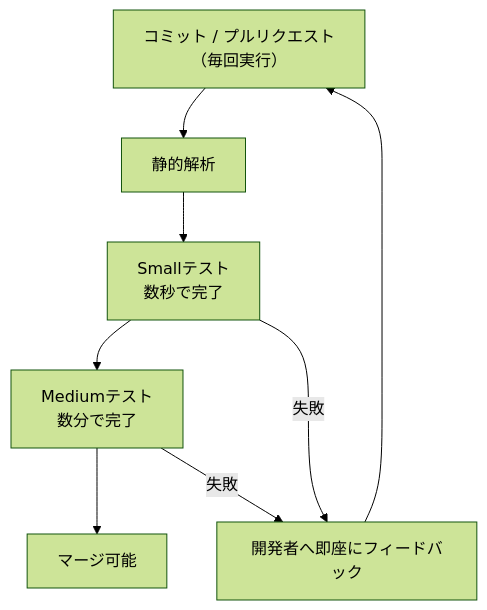
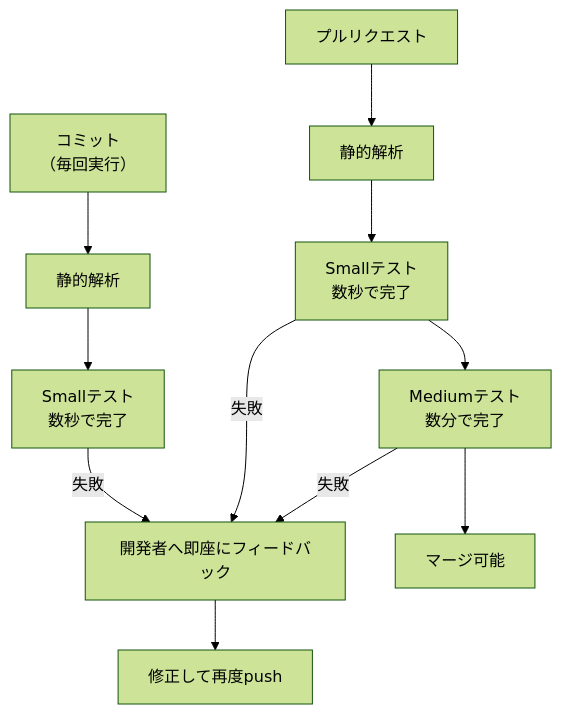
Before and after one commit to myoshi2891/Quality-Assurance-Studies: the sixth of 8 diagrams in Beautiful-testing-guide.md, drawn with Mermaid (forest theme). The commit also changed other lines of this file, not shown here.

Commit message:
docs(beautiful-testing): CIパイプラインのトリガー別ゲーティング図および解説を更新

````diff
--- a/Beautiful-testing-guide.md
+++ b/Beautiful-testing-guide.md
@@ -229,10 +231,13 @@
 ```mermaid
 flowchart TB
-    Commit["コミット / プルリクエスト<br/>（毎回実行）"] --> Static2["静的解析"]
-    Static2 --> Small["Smallテスト<br/>数秒で完了"]
-    Small --> Medium["Mediumテスト<br/>数分で完了"]
+    Commit["コミット<br/>（毎回実行）"] --> StaticC2["静的解析"]
+    StaticC2 --> SmallC["Smallテスト<br/>数秒で完了"]
+    SmallC -->|"失敗"| Feedback["開発者へ即座にフィードバック"]
+    PR2["プルリクエスト"] --> StaticP2["静的解析"]
+    StaticP2 --> SmallP["Smallテスト<br/>数秒で完了"]
+    SmallP --> Medium["Mediumテスト<br/>数分で完了"]
     Medium --> Merge["マージ可能"]
-    Small -->|"失敗"| Feedback["開発者へ即座にフィードバック"]
+    SmallP -->|"失敗"| Feedback
     Medium -->|"失敗"| Feedback
-    Feedback --> Commit
+    Feedback --> Fix2["修正して再度push"]
 ```
````
